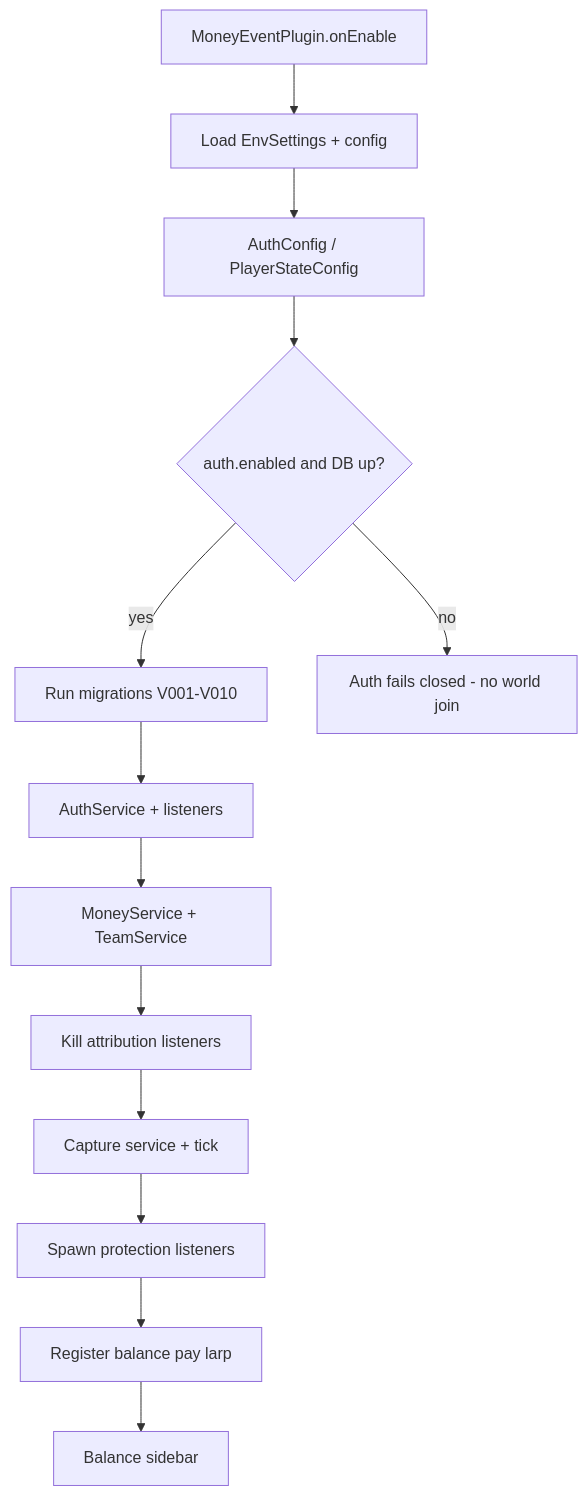
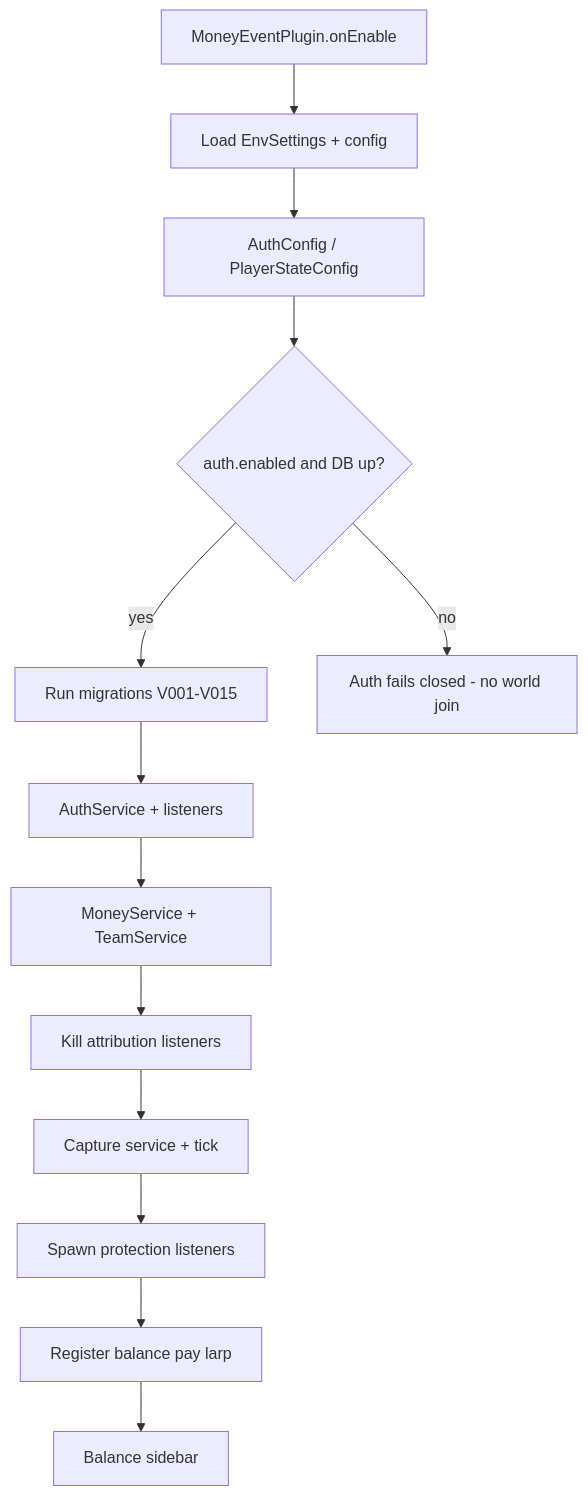
One commit to MyselfGoose/larpsmp changed the diagram in documentation/03-architecture/system-overview.md. Above: the diagram before and after it, drawn with Mermaid. The commit also changed other lines of this file and 27 other files, not shown here.

````diff
--- a/documentation/03-architecture/system-overview.md
+++ b/documentation/03-architecture/system-overview.md
@@ -47,20 +47,20 @@
 ```mermaid
 flowchart TD
   enable[MoneyEventPlugin.onEnable]
   env[Load EnvSettings + config]
   authCfg[AuthConfig / PlayerStateConfig]
   db{auth.enabled and DB up?}
-  migrate[Run migrations V001-V010]
+  migrate[Run migrations V001-V015]
   authSvc[AuthService + listeners]
   money[MoneyService + TeamService]
   combat[Kill attribution listeners]
   capture[Capture service + tick]
   spawn[Spawn protection listeners]
   cmds[Register balance pay larp]
   sidebar[Balance sidebar]
   fail[Auth fails closed - no world join]
 
   enable --> env --> authCfg --> db
   db -->|yes| migrate --> authSvc --> money --> combat --> capture --> spawn --> cmds --> sidebar
   db -->|no| fail
 ```
````
